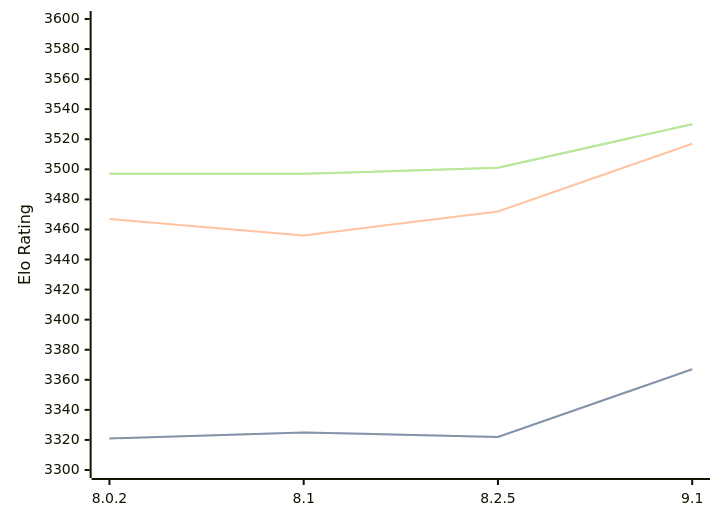
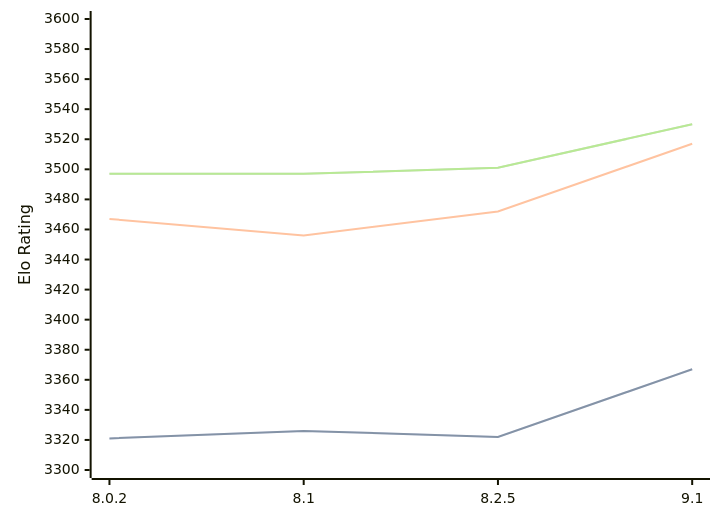
One commit to computer-chess-index/cci changed the first of 3 diagrams in engines/Clover.md. Above: the diagram before and after it, drawn with Mermaid. The commit also changed other lines of this file, not shown here.

````diff
--- a/engines/Clover.md
+++ b/engines/Clover.md
@@ -64,11 +64,11 @@
 ```mermaid
 %%{init: {"theme":"base","themeVariables":{"seriesColors:['#a3a3a3','#222221','#faa371']}}}%%
 xychart-beta
   x-axis ["8.0.2", "8.1", "8.2.5", "9.1"]
   y-axis "Elo Rating" 3300 --> 3600
-  line "STC (8.0+0.08s)" [3321, 3325, 3322, 3367]
-  line "STC (8.0+0.08s)" [3321, 3325, 3322, 3367]
+  line "STC (8.0+0.08s)" [3321, 3326, 3322, 3367]
+  line "STC (8.0+0.08s)" [3321, 3326, 3322, 3367]
   line "LTC (60.0+0.60s)" [3467, 3456, 3472, 3517]
   line "VLTC (2m24s+1.12s)" [3497, 3497, 3501, 3530]
   line "VLTC (2m24s+1.12s)" [3497, 3497, 3501, 3530]
 ```
````
